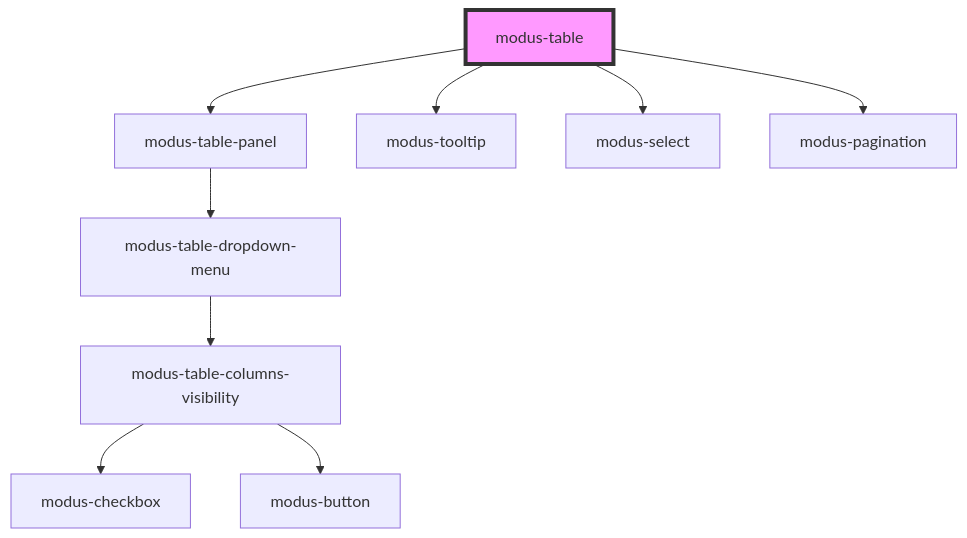
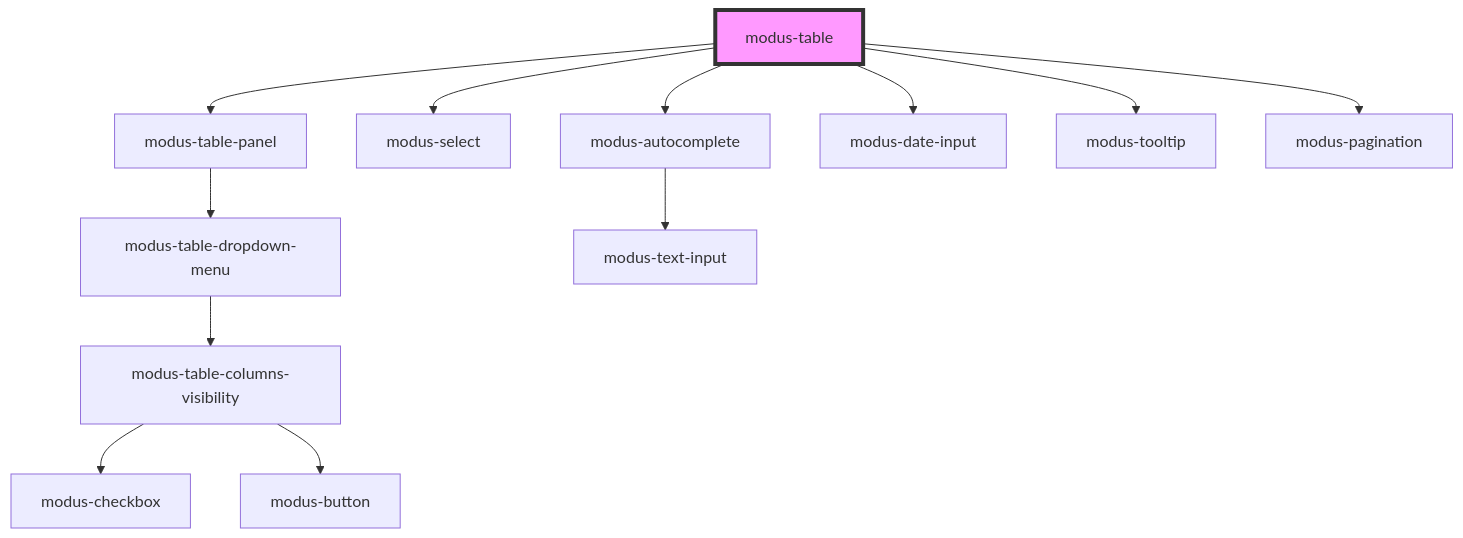
Before and after one commit to trimble-oss/modus-web-components: the diagram in stencil-workspace/src/components/modus-table/readme.md, drawn with Mermaid. The commit also changed other lines of this file and 15 other files, not shown here.

````diff
--- a/stencil-workspace/src/components/modus-table/readme.md
+++ b/stencil-workspace/src/components/modus-table/readme.md
@@ -82,12 +86,15 @@
 ```mermaid
 graph TD;
   modus-table --> modus-table-panel
+  modus-table --> modus-select
+  modus-table --> modus-autocomplete
+  modus-table --> modus-date-input
   modus-table --> modus-tooltip
-  modus-table --> modus-select
   modus-table --> modus-pagination
   modus-table-panel --> modus-table-dropdown-menu
   modus-table-dropdown-menu --> modus-table-columns-visibility
   modus-table-columns-visibility --> modus-checkbox
   modus-table-columns-visibility --> modus-button
+  modus-autocomplete --> modus-text-input
   style modus-table fill:#f9f,stroke:#333,stroke-width:4px
 ```
````
